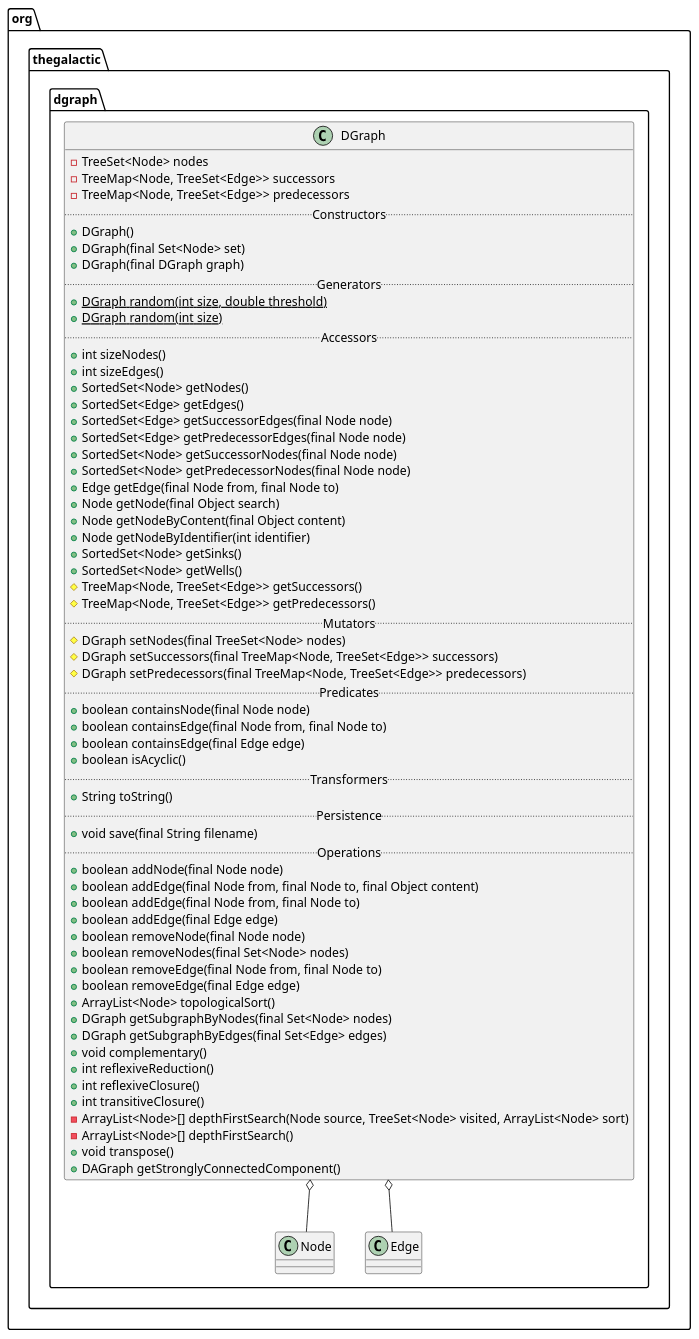
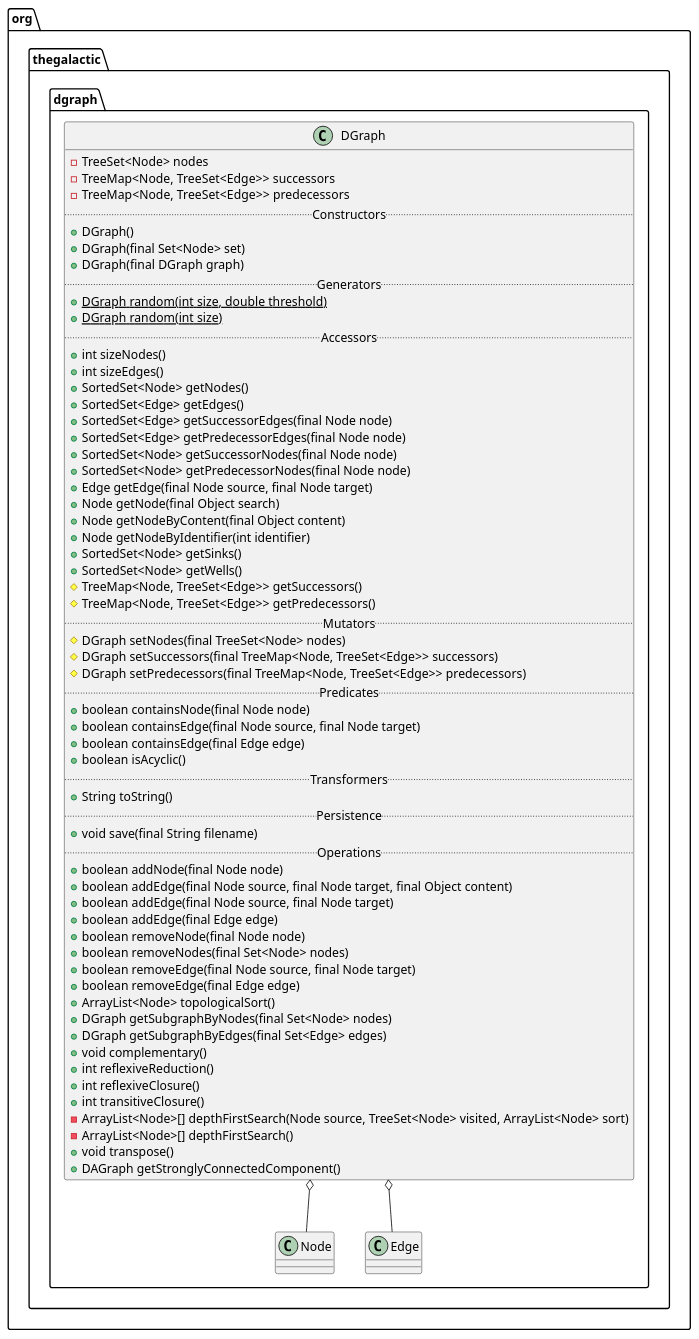
The diagram in src/main/doc/resources/org/thegalactic/dgraph/DGraph.iuml (thegalactic/java-lattices), drawn with PlantUML before and after one commit. The commit also changed 14 other files, not shown here.

```diff
--- a/src/main/doc/resources/org/thegalactic/dgraph/DGraph.iuml
+++ b/src/main/doc/resources/org/thegalactic/dgraph/DGraph.iuml
@@ -1,67 +1,67 @@
 package org.thegalactic.dgraph {
     class DGraph {
         -TreeSet<Node> nodes
         -TreeMap<Node, TreeSet<Edge>> successors
         -TreeMap<Node, TreeSet<Edge>> predecessors
         .. Constructors ..
         +DGraph()
         +DGraph(final Set<Node> set)
         +DGraph(final DGraph graph)
         .. Generators ..
         +{static}DGraph random(int size, double threshold)
         +{static}DGraph random(int size)
         .. Accessors ..
         +int sizeNodes()
         +int sizeEdges()
         +SortedSet<Node> getNodes()
         +SortedSet<Edge> getEdges()
         +SortedSet<Edge> getSuccessorEdges(final Node node)
         +SortedSet<Edge> getPredecessorEdges(final Node node)
         +SortedSet<Node> getSuccessorNodes(final Node node)
         +SortedSet<Node> getPredecessorNodes(final Node node)
-        +Edge getEdge(final Node from, final Node to)
+        +Edge getEdge(final Node source, final Node target)
         +Node getNode(final Object search)
         +Node getNodeByContent(final Object content)
         +Node getNodeByIdentifier(int identifier)
         +SortedSet<Node> getSinks()
         +SortedSet<Node> getWells()
         #TreeMap<Node, TreeSet<Edge>> getSuccessors()
         #TreeMap<Node, TreeSet<Edge>> getPredecessors()
         .. Mutators ..
         #DGraph setNodes(final TreeSet<Node> nodes)
         #DGraph setSuccessors(final TreeMap<Node, TreeSet<Edge>> successors)
         #DGraph setPredecessors(final TreeMap<Node, TreeSet<Edge>> predecessors)
         .. Predicates ..
         +boolean containsNode(final Node node)
-        +boolean containsEdge(final Node from, final Node to)
+        +boolean containsEdge(final Node source, final Node target)
         +boolean containsEdge(final Edge edge)
         +boolean isAcyclic()
         .. Transformers ..
         +String toString()
         .. Persistence ..
         +void save(final String filename)
         .. Operations ..
         +boolean addNode(final Node node)
-        +boolean addEdge(final Node from, final Node to, final Object content)
-        +boolean addEdge(final Node from, final Node to)
+        +boolean addEdge(final Node source, final Node target, final Object content)
+        +boolean addEdge(final Node source, final Node target)
         +boolean addEdge(final Edge edge)
         +boolean removeNode(final Node node)
         +boolean removeNodes(final Set<Node> nodes)
-        +boolean removeEdge(final Node from, final Node to)
+        +boolean removeEdge(final Node source, final Node target)
         +boolean removeEdge(final Edge edge)
         +ArrayList<Node> topologicalSort()
         +DGraph getSubgraphByNodes(final Set<Node> nodes)
         +DGraph getSubgraphByEdges(final Set<Edge> edges)
         +void complementary()
         +int reflexiveReduction()
         +int reflexiveClosure()
         +int transitiveClosure()
         -ArrayList<Node>[] depthFirstSearch(Node source, TreeSet<Node> visited, ArrayList<Node> sort)
         -ArrayList<Node>[] depthFirstSearch()
         +void transpose()
         +DAGraph getStronglyConnectedComponent()
     }
 
     DGraph o-- Node
     DGraph o-- Edge
 }
```
